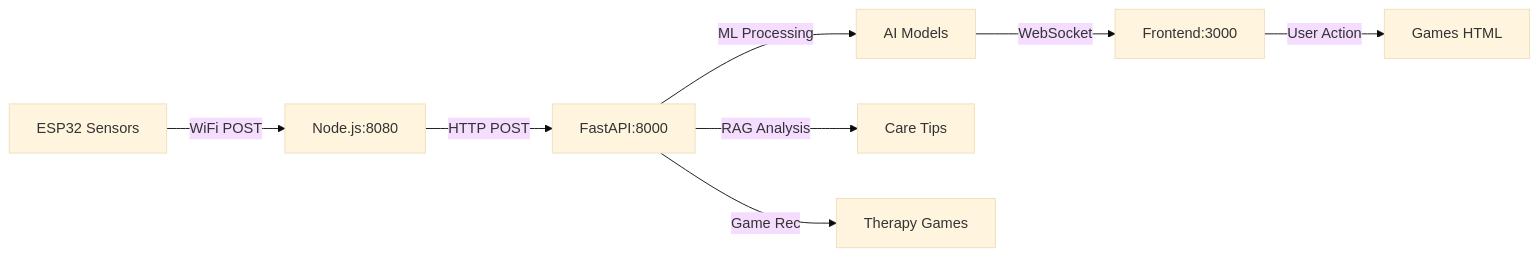
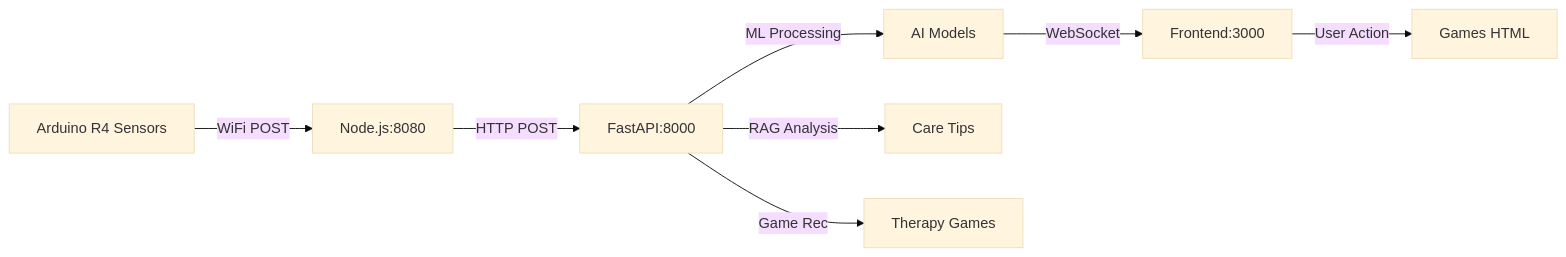
One commit to ROHANBAIJU/TEAM-QWERTY changed the diagram in README.md. Above: the diagram before and after it, drawn with Mermaid (base theme). The commit also changed other lines of this file, not shown here.

Commit message:
Update README for Arduino R4 integration

````diff
--- a/README.md
+++ b/README.md
@@ -399,10 +399,10 @@
 ```mermaid
 graph LR
-    A[ESP32 Sensors] -->|WiFi POST| B[Node.js:8080]
+    A[Arduino R4 Sensors] -->|WiFi POST| B[Node.js:8080]
     B -->|HTTP POST| C[FastAPI:8000]
     C -->|ML Processing| D[AI Models]
     D -->|WebSocket| E[Frontend:3000]
     C -->|RAG Analysis| F[Care Tips]
     C -->|Game Rec| G[Therapy Games]
     E -->|User Action| H[Games HTML]
 ```
````
